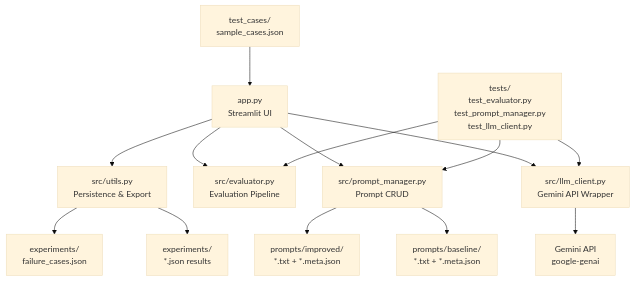
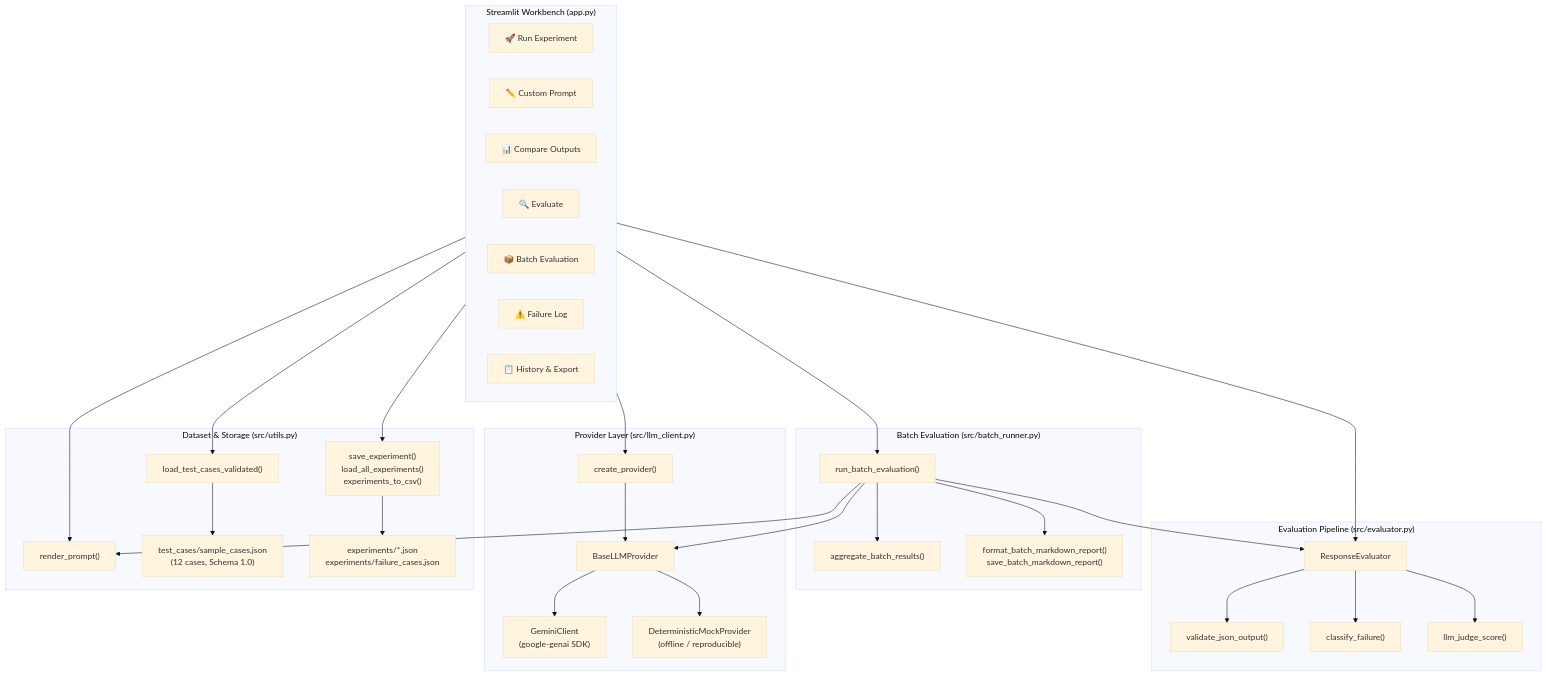
Before and after one commit to himani-2-git/GenAI-Prompt-Evaluation-Lab: the diagram in README.md, drawn with Mermaid (base theme). The commit also changed other lines of this file and 3 other files, not shown here.

Commit message:
Synchronize project documentation with evaluation pipeline

````diff
--- a/README.md
+++ b/README.md
@@ -121,21 +118,60 @@
 ```mermaid
 flowchart TD
-    A["app.py\nStreamlit UI"] --> B["src/llm_client.py\nGemini API Wrapper"]
-    A --> C["src/evaluator.py\nEvaluation Pipeline"]
-    A --> D["src/prompt_manager.py\nPrompt CRUD"]
-    A --> E["src/utils.py\nPersistence & Export"]
+    subgraph UI ["Streamlit Workbench (app.py)"]
+        UI1["🚀 Run Experiment"]
+        UI2["✏️ Custom Prompt"]
+        UI3["📊 Compare Outputs"]
+        UI4["🔍 Evaluate"]
+        UI5["📦 Batch Evaluation"]
+        UI6["⚠️ Failure Log"]
+        UI7["📋 History & Export"]
+    end
 
-    D --> F["prompts/baseline/\n*.txt + *.meta.json"]
-    D --> G["prompts/improved/\n*.txt + *.meta.json"]
+    subgraph Providers ["Provider Layer (src/llm_client.py)"]
+        BASE["BaseLLMProvider"]
+        GEMINI["GeminiClient\n(google-genai SDK)"]
+        MOCK["DeterministicMockProvider\n(offline / reproducible)"]
+        FACTORY["create_provider()"]
+        BASE --> GEMINI
+        BASE --> MOCK
+        FACTORY --> BASE
+    end
 
-    E --> H["experiments/\n*.json results"]
-    E --> I["experiments/\nfailure_cases.json"]
+    subgraph Batch ["Batch Evaluation (src/batch_runner.py)"]
+        BRUN["run_batch_evaluation()"]
+        BAGG["aggregate_batch_results()"]
+        BREP["format_batch_markdown_report()\nsave_batch_markdown_report()"]
+        BRUN --> BAGG
+        BRUN --> BREP
+    end
 
-    B --> J["Gemini API\ngoogle-genai"]
+    subgraph Eval ["Evaluation Pipeline (src/evaluator.py)"]
+        REVAL["ResponseEvaluator"]
+        VJSON["validate_json_output()"]
+        FAIL["classify_failure()"]
+        JUDGE["llm_judge_score()"]
+        REVAL --> VJSON
+        REVAL --> FAIL
+        REVAL --> JUDGE
+    end
 
-    K["test_cases/\nsample_cases.json"] --> A
+    subgraph Data ["Dataset & Storage (src/utils.py)"]
+        LOAD["load_test_cases_validated()"]
+        RENDER["render_prompt()"]
+        STORE["save_experiment()\nload_all_experiments()\nexperiments_to_csv()"]
+        TC["test_cases/sample_cases.json\n(12 cases, Schema 1.0)"]
+        EXP["experiments/*.json\nexperiments/failure_cases.json"]
+        LOAD --> TC
+        STORE --> EXP
+    end
 
-    L["tests/\ntest_evaluator.py\ntest_prompt_manager.py\ntest_llm_client.py"] --> C
-    L --> D
-    L --> B
+    UI --> FACTORY
+    UI --> BRUN
+    UI --> REVAL
+    UI --> LOAD
+    UI --> RENDER
+    UI --> STORE
+    BRUN --> BASE
+    BRUN --> REVAL
+    BRUN --> RENDER
 ```
````
